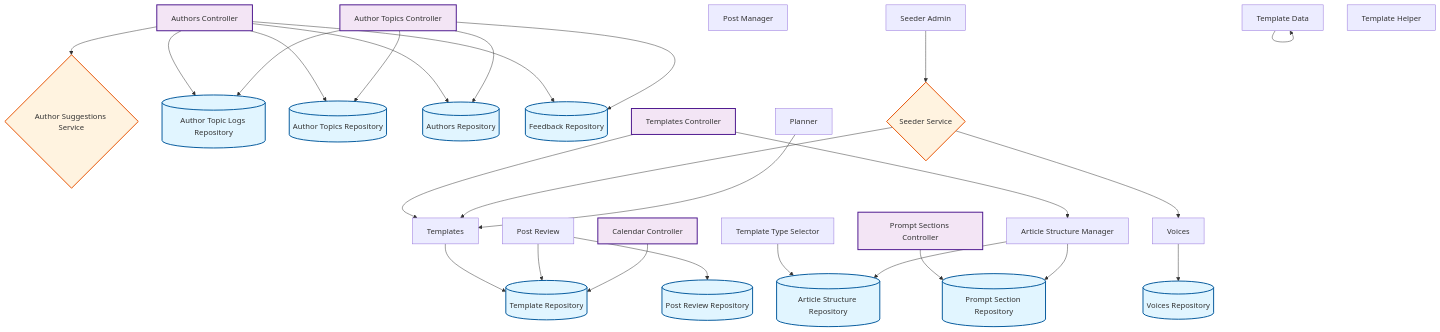
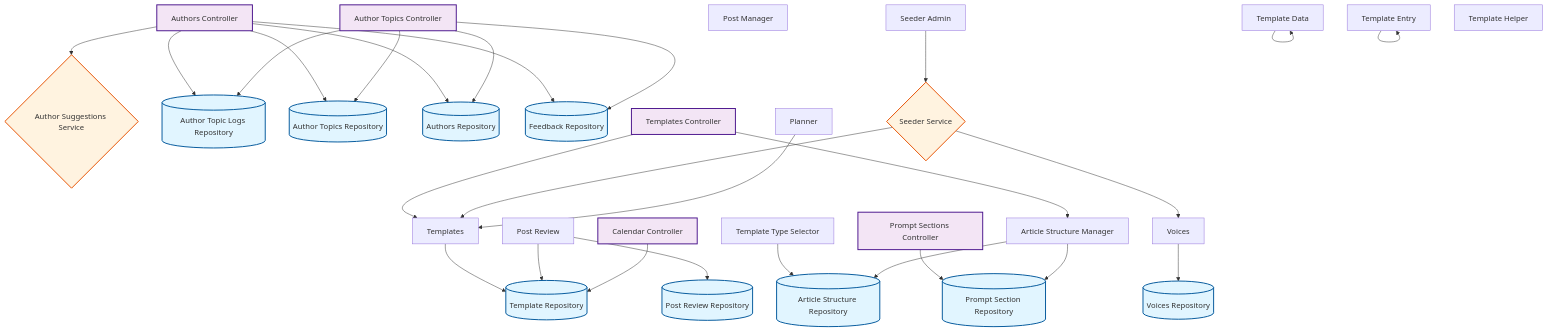
Before and after one commit to rpnunez/wp-ai-scheduler: the fourth of 19 diagrams in docs/feature-report.md, drawn with Mermaid. The commit also changed other lines of this file and 1 other file, not shown here.

````diff
--- a/docs/feature-report.md
+++ b/docs/feature-report.md
@@ -318,64 +319,66 @@
 ```mermaid
 flowchart TD
     %% Content Management Architecture
 
     Article_Structure_Manager["Article Structure Manager"]
     Article_Structure_Repository[("Article Structure Repository")]
     Author_Suggestions_Service{"Author Suggestions Service"}
     Author_Topic_Logs_Repository[("Author Topic Logs Repository")]
     Author_Topics_Controller["Author Topics Controller"]
     Author_Topics_Repository[("Author Topics Repository")]
     Authors_Controller["Authors Controller"]
     Authors_Repository[("Authors Repository")]
     Calendar_Controller["Calendar Controller"]
     Feedback_Repository[("Feedback Repository")]
     Planner["Planner"]
     Post_Manager["Post Manager"]
     Post_Review_Repository[("Post Review Repository")]
     Post_Review["Post Review"]
     Prompt_Section_Repository[("Prompt Section Repository")]
     Prompt_Sections_Controller["Prompt Sections Controller"]
     Seeder_Admin["Seeder Admin"]
     Seeder_Service{"Seeder Service"}
     Template_Data["Template Data"]
+    Template_Entry["Template Entry"]
     Template_Helper["Template Helper"]
     Template_Repository[("Template Repository")]
     Template_Type_Selector["Template Type Selector"]
     Templates_Controller["Templates Controller"]
     Templates["Templates"]
     Voices_Repository[("Voices Repository")]
     Voices["Voices"]
 
     Article_Structure_Manager --> Article_Structure_Repository
     Article_Structure_Manager --> Prompt_Section_Repository
     Author_Topics_Controller --> Author_Topic_Logs_Repository
     Author_Topics_Controller --> Author_Topics_Repository
     Author_Topics_Controller --> Authors_Repository
     Author_Topics_Controller --> Feedback_Repository
     Authors_Controller --> Author_Suggestions_Service
     Authors_Controller --> Author_Topic_Logs_Repository
     Authors_Controller --> Author_Topics_Repository
     Authors_Controller --> Authors_Repository
     Authors_Controller --> Feedback_Repository
     Calendar_Controller --> Template_Repository
     Planner --> Templates
     Post_Review --> Post_Review_Repository
     Post_Review --> Template_Repository
     Prompt_Sections_Controller --> Prompt_Section_Repository
     Seeder_Admin --> Seeder_Service
     Seeder_Service --> Templates
     Seeder_Service --> Voices
     Template_Data --> Template_Data
+    Template_Entry --> Template_Entry
     Template_Type_Selector --> Article_Structure_Repository
     Templates_Controller --> Article_Structure_Manager
     Templates_Controller --> Templates
     Templates --> Template_Repository
     Voices --> Voices_Repository
 
     classDef repository fill:#e1f5ff,stroke:#01579b,stroke-width:2px
     classDef service fill:#fff3e0,stroke:#e65100,stroke-width:2px
     classDef controller fill:#f3e5f5,stroke:#4a148c,stroke-width:2px
     class Article_Structure_Repository,Author_Topic_Logs_Repository,Author_Topics_Repository,Authors_Repository,Feedback_Repository,Post_Review_Repository,Prompt_Section_Repository,Template_Repository,Voices_Repository repository
     class Author_Suggestions_Service,Seeder_Service service
     class Author_Topics_Controller,Authors_Controller,Calendar_Controller,Prompt_Sections_Controller,Templates_Controller controller
 ```
````
